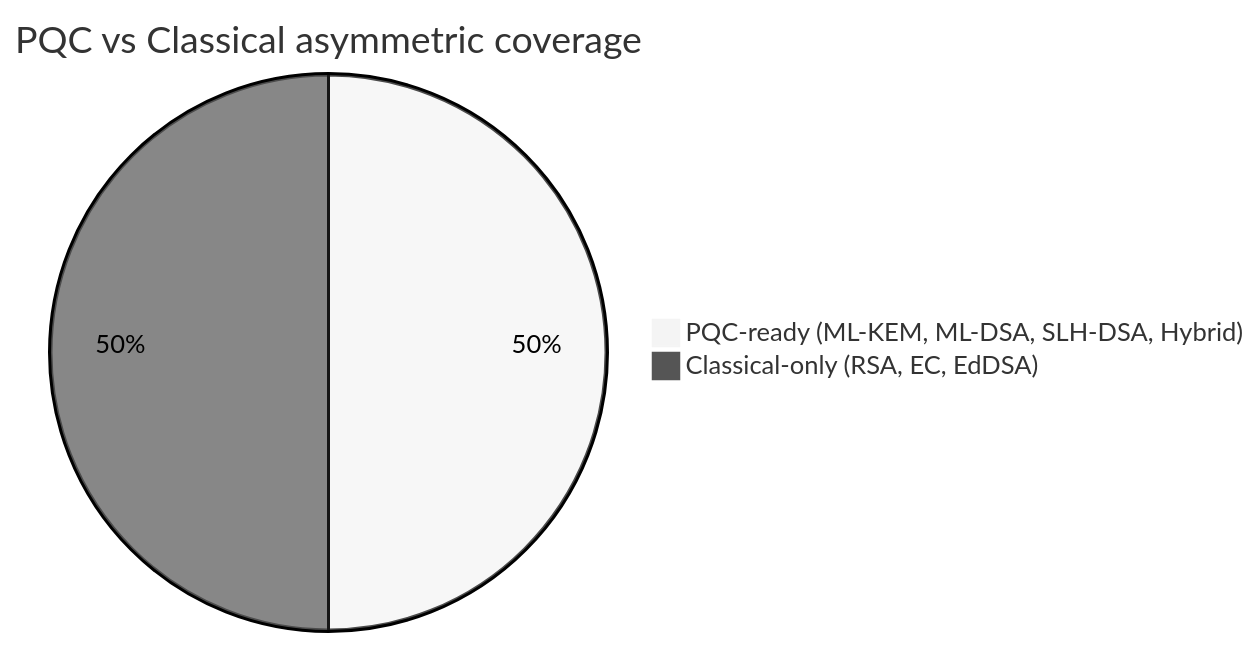
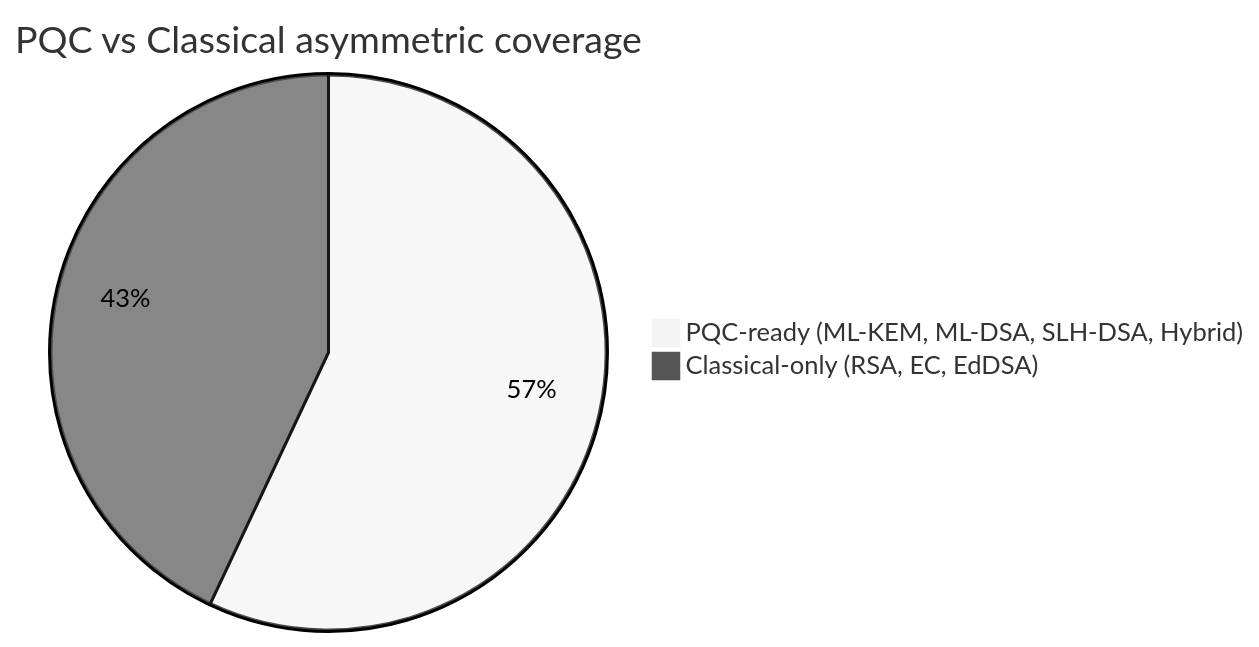
Before and after one commit to Cosmian/kms: the fourth of 5 diagrams in documentation/docs/certifications_and_compliance/audit/crypto_inventory.md, drawn with Mermaid (neutral theme). The commit also changed other lines of this file and 6 other files, not shown here.

````diff
--- a/documentation/docs/certifications_and_compliance/audit/crypto_inventory.md
+++ b/documentation/docs/certifications_and_compliance/audit/crypto_inventory.md
@@ -172,5 +172,5 @@
 ```mermaid
 pie title PQC vs Classical asymmetric coverage
-    "PQC-ready (ML-KEM, ML-DSA, SLH-DSA, Hybrid)" : 50
-    "Classical-only (RSA, EC, EdDSA)" : 50
+    "PQC-ready (ML-KEM, ML-DSA, SLH-DSA, Hybrid)" : 57
+    "Classical-only (RSA, EC, EdDSA)" : 43
 ```
````
